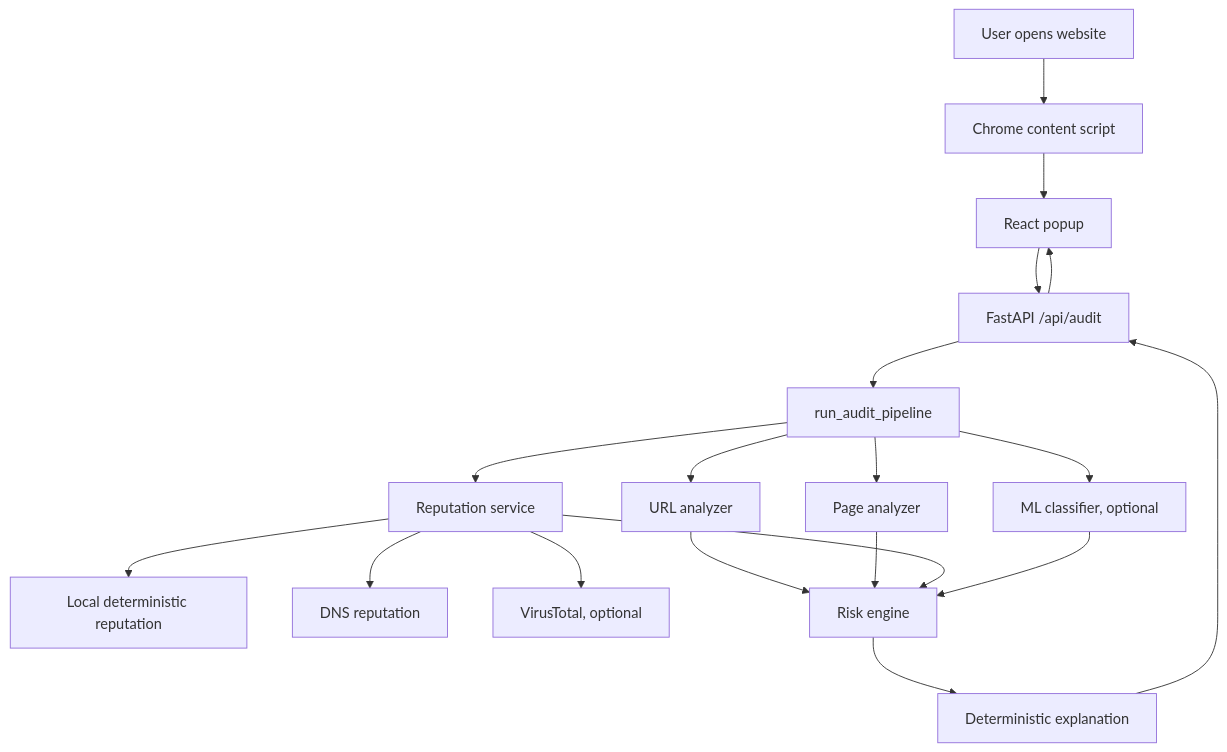
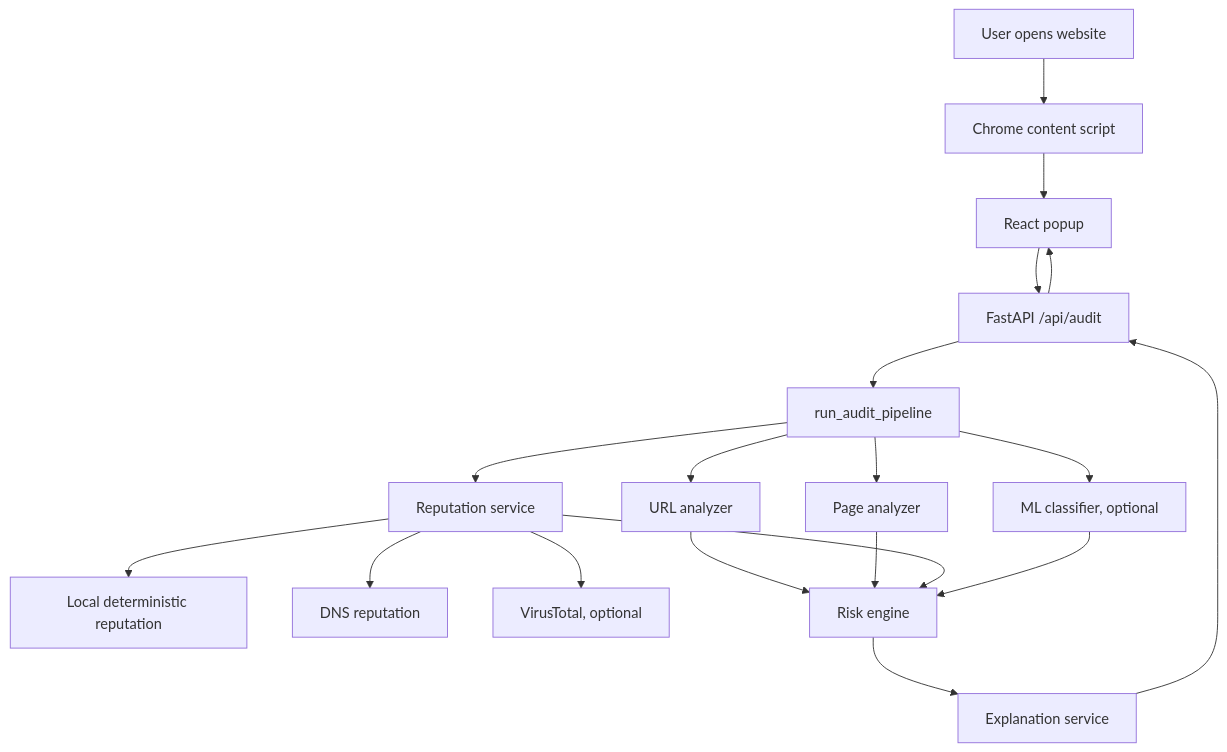
The first of 2 diagrams in DEVELOPER_GUIDE.md (Nasreena847/Threat-Detection-Agent), drawn with Mermaid before and after one commit. The commit also changed other lines of this file and 10 other files, not shown here.

````diff
--- a/DEVELOPER_GUIDE.md
+++ b/DEVELOPER_GUIDE.md
@@ -48,21 +49,21 @@
 ```mermaid
 flowchart TD
     User[User opens website] --> Content[Chrome content script]
     Content --> Popup[React popup]
     Popup --> API[FastAPI /api/audit]
     API --> Pipeline[run_audit_pipeline]
     Pipeline --> URL[URL analyzer]
     Pipeline --> Page[Page analyzer]
     Pipeline --> Reputation[Reputation service]
     Pipeline --> ML[ML classifier, optional]
     Reputation --> LocalRep[Local deterministic reputation]
     Reputation --> DNS[DNS reputation]
     Reputation --> VT[VirusTotal, optional]
     URL --> Risk[Risk engine]
     Page --> Risk
     Reputation --> Risk
     ML --> Risk
-    Risk --> Explain[Deterministic explanation]
+    Risk --> Explain[Explanation service]
     Explain --> API
     API --> Popup
 ```
````
